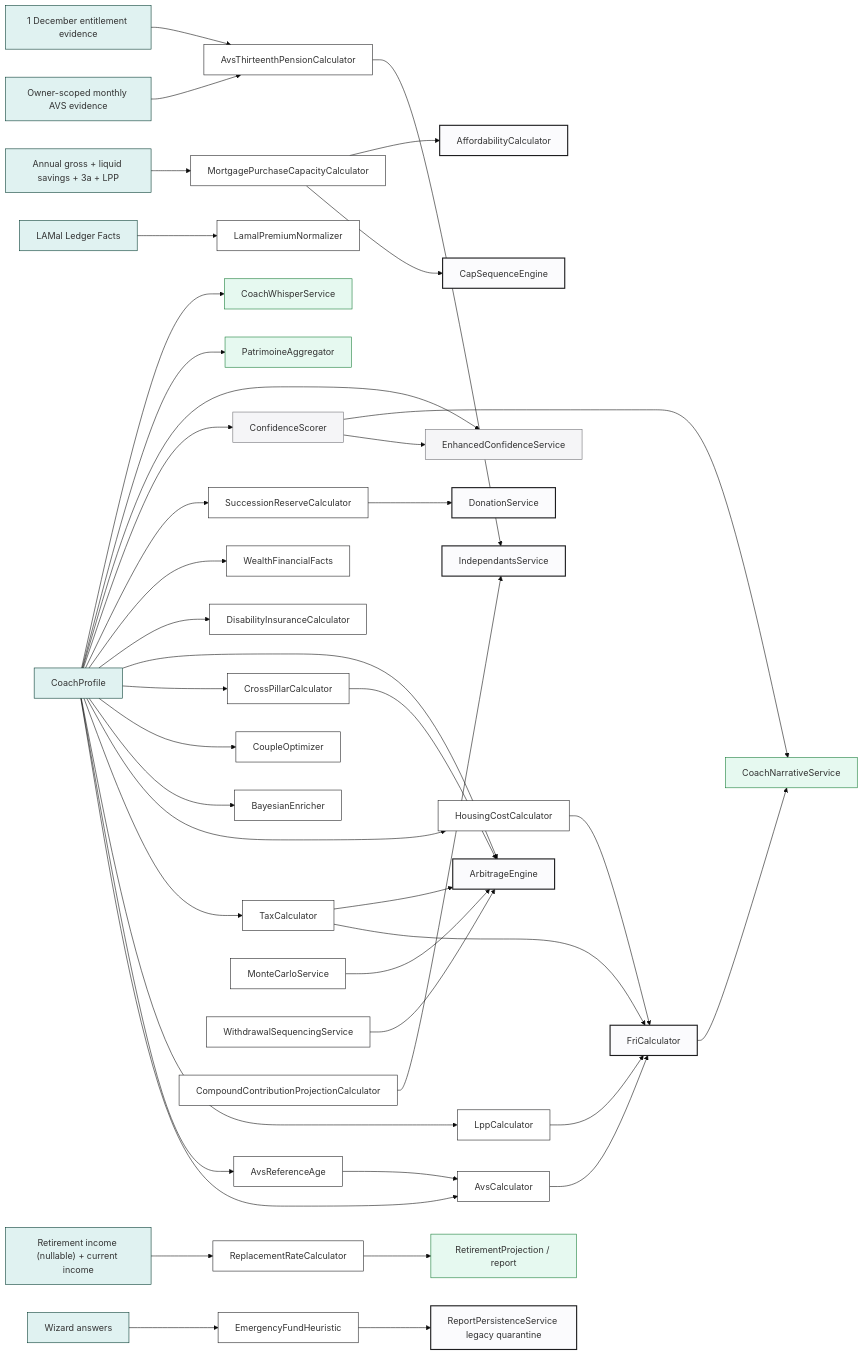
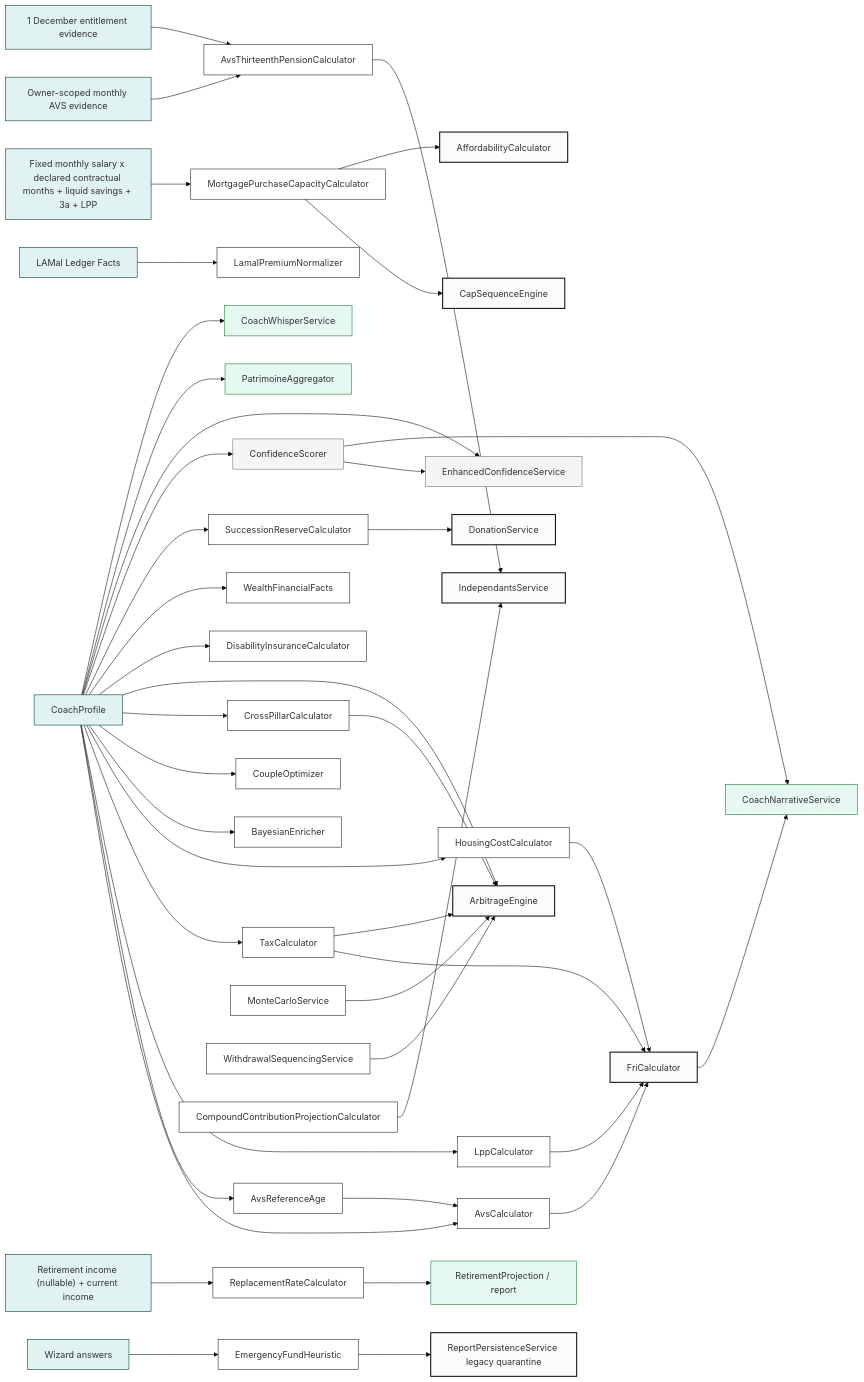
One commit to MINT-IA/MINT changed the diagram in docs/calculator-graph.md. Above: the diagram before and after it, drawn with Mermaid (base theme). The commit also changed other lines of this file and 2 other files, not shown here.

Commit message:
fix(g1): base mortgage headline on durable income

````diff
--- a/docs/calculator-graph.md
+++ b/docs/calculator-graph.md
@@ -26,58 +26,58 @@
 ```mermaid
 flowchart LR
     PROFILE[CoachProfile]:::profile
 
     PROFILE --> AVS[AvsCalculator]:::calc
     PROFILE --> AVS_REF[AvsReferenceAge]:::calc
     AVS_REF --> AVS
     AVS_MONTHS["Owner-scoped monthly AVS evidence"]:::profile --> AVS_13[AvsThirteenthPensionCalculator]:::calc
     AVS_DECEMBER["1 December entitlement evidence"]:::profile --> AVS_13
     AVS_13 --> INDEP
     PROFILE --> LPP[LppCalculator]:::calc
     PROFILE --> TAX[TaxCalculator]:::calc
     PROFILE --> HOUSING[HousingCostCalculator]:::calc
-    PURCHASE_FACTS["Annual gross + liquid savings + 3a + LPP"]:::profile --> PURCHASE_CAP[MortgagePurchaseCapacityCalculator]:::calc
+    PURCHASE_FACTS["Fixed monthly salary x declared contractual months + liquid savings + 3a + LPP"]:::profile --> PURCHASE_CAP[MortgagePurchaseCapacityCalculator]:::calc
     PURCHASE_CAP --> CAP_SEQUENCE[CapSequenceEngine]:::composer
     PURCHASE_CAP --> AFFORDABILITY[AffordabilityCalculator]:::composer
     PROFILE --> BAYESIAN[BayesianEnricher]:::calc
 
     AVS --> FRI[FriCalculator]:::composer
     LPP --> FRI
     TAX --> FRI
     HOUSING --> FRI
 
     PROFILE --> COUPLE[CoupleOptimizer]:::calc
     PROFILE --> CROSS[CrossPillarCalculator]:::calc
     PROFILE --> ARB[ArbitrageEngine]:::composer
     CROSS --> ARB
     TAX --> ARB
     PROFILE --> DISABILITY[DisabilityInsuranceCalculator]:::calc
     REPORT_INCOME["Retirement income (nullable) + current income"]:::profile --> REPLACEMENT[ReplacementRateCalculator]:::calc
     REPLACEMENT --> RETIREMENT_REPORT["RetirementProjection / report"]:::ui
     WIZARD[Wizard answers]:::profile --> EMERGENCY[EmergencyFundHeuristic]:::calc
     EMERGENCY --> PERSIST[ReportPersistenceService legacy quarantine]:::composer
     PROFILE --> WEALTH[WealthFinancialFacts]:::calc
     PROFILE --> SUCCESSION[SuccessionReserveCalculator]:::calc
     LAMAL_FACTS[LAMal Ledger Facts]:::profile --> LAMAL[LamalPremiumNormalizer]:::calc
 
     PROFILE --> CONF[ConfidenceScorer]:::score
     PROFILE --> CONF_ENH[EnhancedConfidenceService]:::score
     CONF --> CONF_ENH
 
     PROFILE --> PAT[PatrimoineAggregator]:::ui
     PROFILE --> WHISPER[CoachWhisperService]:::ui
 
     FRI --> NAR[CoachNarrativeService]:::ui
     CONF --> NAR
 
     MC[MonteCarloService]:::calc --> ARB
     WITHDRAW[WithdrawalSequencingService]:::calc --> ARB
     COMPOUND[CompoundContributionProjectionCalculator]:::calc --> INDEP[IndependantsService]:::composer
     SUCCESSION --> DONATION[DonationService]:::composer
 
     classDef profile fill:#E0F2F1,stroke:#00382E
     classDef calc fill:#FFF,stroke:#1D1D1F
     classDef composer fill:#FBFBFD,stroke:#1D1D1F,stroke-width:2px
     classDef score fill:#F5F5F7,stroke:#6E6E73
     classDef ui fill:#E6F9F0,stroke:#157B35
 ```
````
